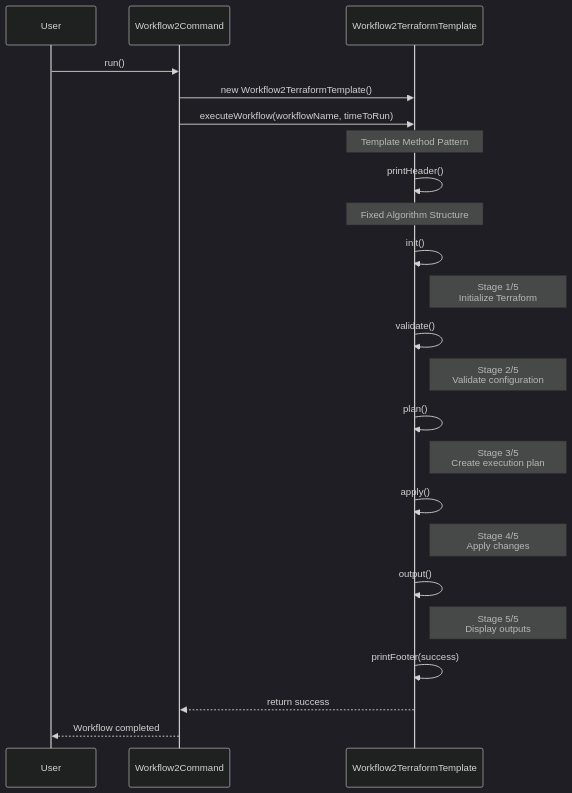
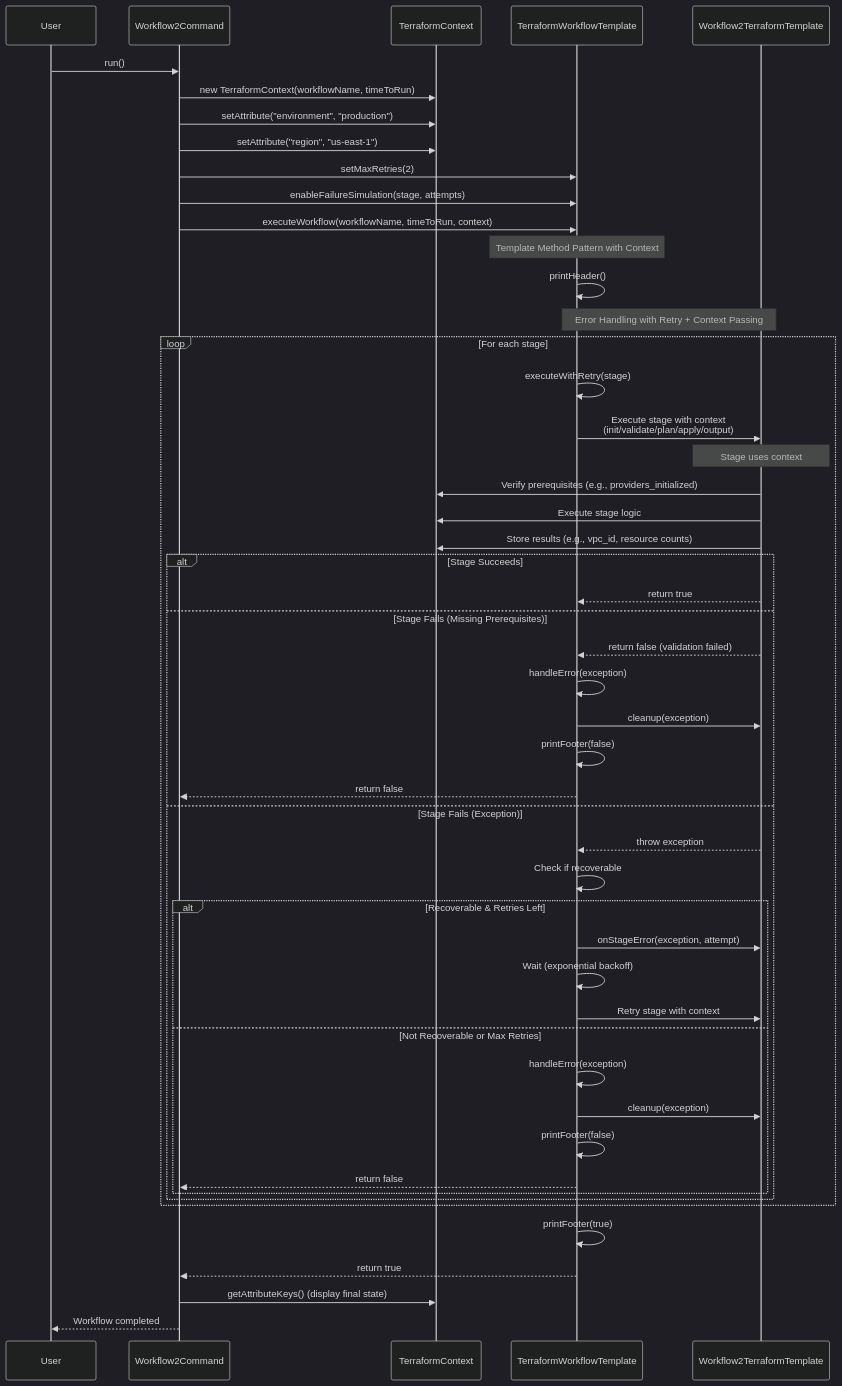
The third of 9 diagrams in DIAGRAMS.md (Poss111/picocli-w-patterns), drawn with Mermaid (dark theme) before and after one commit. The commit also changed other lines of this file and 12 other files, not shown here.

Commit message:
Adding exception handling and context with template method

````diff
--- a/DIAGRAMS.md
+++ b/DIAGRAMS.md
@@ -280,34 +284,59 @@
 ```mermaid
 sequenceDiagram
     participant User
     participant W2 as Workflow2Command
-    participant Template as Workflow2TerraformTemplate
+    participant Ctx as TerraformContext
+    participant Template as TerraformWorkflowTemplate
+    participant Concrete as Workflow2TerraformTemplate
     
     User->>W2: run()
-    W2->>Template: new Workflow2TerraformTemplate()
-    W2->>Template: executeWorkflow(workflowName, timeToRun)
+    W2->>Ctx: new TerraformContext(workflowName, timeToRun)
+    W2->>Ctx: setAttribute("environment", "production")
+    W2->>Ctx: setAttribute("region", "us-east-1")
+    W2->>Template: setMaxRetries(2)
+    W2->>Template: enableFailureSimulation(stage, attempts)
+    W2->>Template: executeWorkflow(workflowName, timeToRun, context)
     
-    Note over Template: Template Method Pattern
+    Note over Template: Template Method Pattern with Context
     Template->>Template: printHeader()
     
-    Note over Template: Fixed Algorithm Structure
-    Template->>Template: init()
-    Note right of Template: Stage 1/5<br/>Initialize Terraform
+    Note over Template,Concrete: Error Handling with Retry + Context Passing
+    loop For each stage
+        Template->>Template: executeWithRetry(stage)
+        Template->>Concrete: Execute stage with context<br/>(init/validate/plan/apply/output)
+        
+        Note over Concrete: Stage uses context
+        Concrete->>Ctx: Verify prerequisites (e.g., providers_initialized)
+        Concrete->>Ctx: Execute stage logic
+        Concrete->>Ctx: Store results (e.g., vpc_id, resource counts)
+        
+        alt Stage Succeeds
+            Concrete-->>Template: return true
+        else Stage Fails (Missing Prerequisites)
+            Concrete-->>Template: return false (validation failed)
+            Template->>Template: handleError(exception)
+            Template->>Concrete: cleanup(exception)
+            Template->>Template: printFooter(false)
+            Template-->>W2: return false
+        else Stage Fails (Exception)
+            Concrete-->>Template: throw exception
+            Template->>Template: Check if recoverable
+            
+            alt Recoverable & Retries Left
+                Template->>Concrete: onStageError(exception, attempt)
+                Template->>Template: Wait (exponential backoff)
+                Template->>Concrete: Retry stage with context
+            else Not Recoverable or Max Retries
+                Template->>Template: handleError(exception)
+                Template->>Concrete: cleanup(exception)
+                Template->>Template: printFooter(false)
+                Template-->>W2: return false
+            end
+        end
+    end
     
-    Template->>Template: validate()
-    Note right of Template: Stage 2/5<br/>Validate configuration
-    
-    Template->>Template: plan()
-    Note right of Template: Stage 3/5<br/>Create execution plan
-    
-    Template->>Template: apply()
-    Note right of Template: Stage 4/5<br/>Apply changes
-    
-    Template->>Template: output()
-    Note right of Template: Stage 5/5<br/>Display outputs
-    
-    Template->>Template: printFooter(success)
-    Template-->>W2: return success
-    
+    Template->>Template: printFooter(true)
+    Template-->>W2: return true
+    W2->>Ctx: getAttributeKeys() (display final state)
     W2-->>User: Workflow completed
 ```
````
